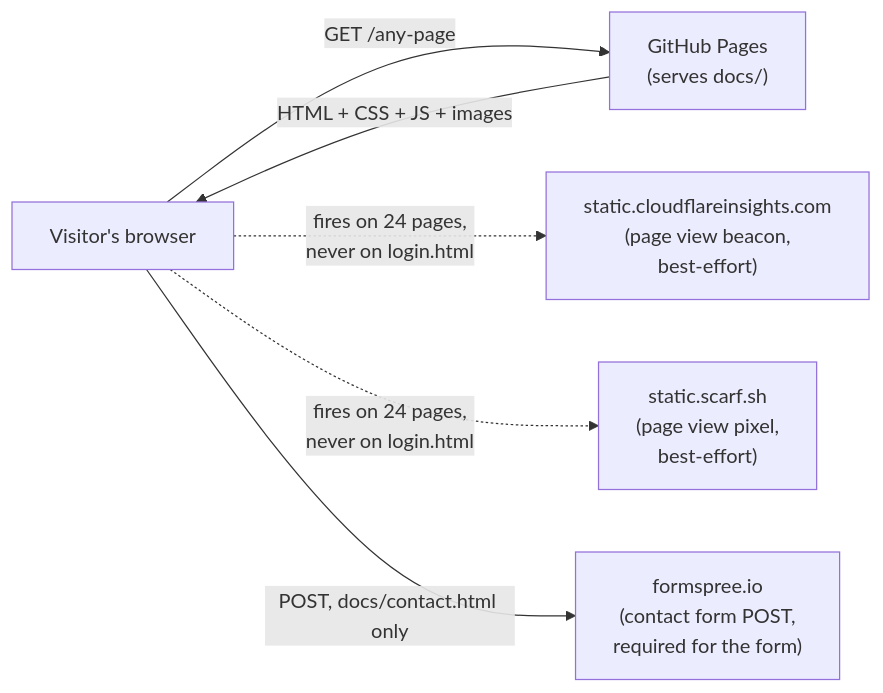
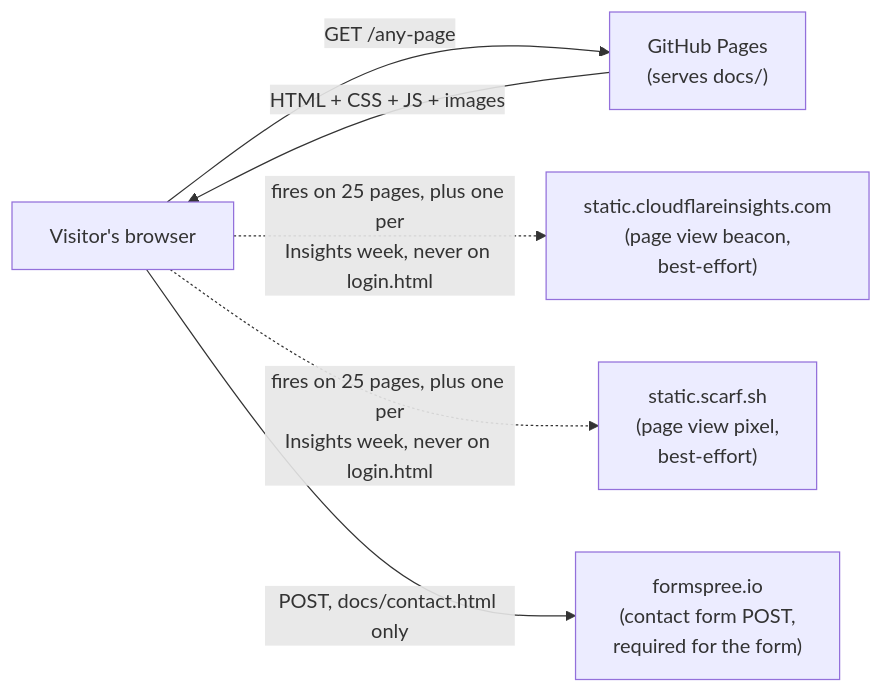
One commit to k3rt4s/tectori changed the third of 3 diagrams in ARCHITECTURE.md. Above: the diagram before and after it, drawn with Mermaid. The commit also changed other lines of this file and 3 other files, not shown here.

````diff
--- a/ARCHITECTURE.md
+++ b/ARCHITECTURE.md
@@ -93,14 +94,14 @@
 ```mermaid
 flowchart LR
     visitor["Visitor's browser"]
     ghPages["GitHub Pages\n(serves docs/)"]
     cloudflare["static.cloudflareinsights.com\n(page view beacon,\nbest-effort)"]
     scarf["static.scarf.sh\n(page view pixel,\nbest-effort)"]
     formspree["formspree.io\n(contact form POST,\nrequired for the form)"]
 
     visitor -->|"GET /any-page"| ghPages
     ghPages -->|"HTML + CSS + JS + images"| visitor
-    visitor -.->|"fires on 24 pages,\nnever on login.html"| cloudflare
-    visitor -.->|"fires on 24 pages,\nnever on login.html"| scarf
+    visitor -.->|"fires on 25 pages, plus one per\nInsights week, never on login.html"| cloudflare
+    visitor -.->|"fires on 25 pages, plus one per\nInsights week, never on login.html"| scarf
     visitor -->|"POST, docs/contact.html only"| formspree
 ```
````
